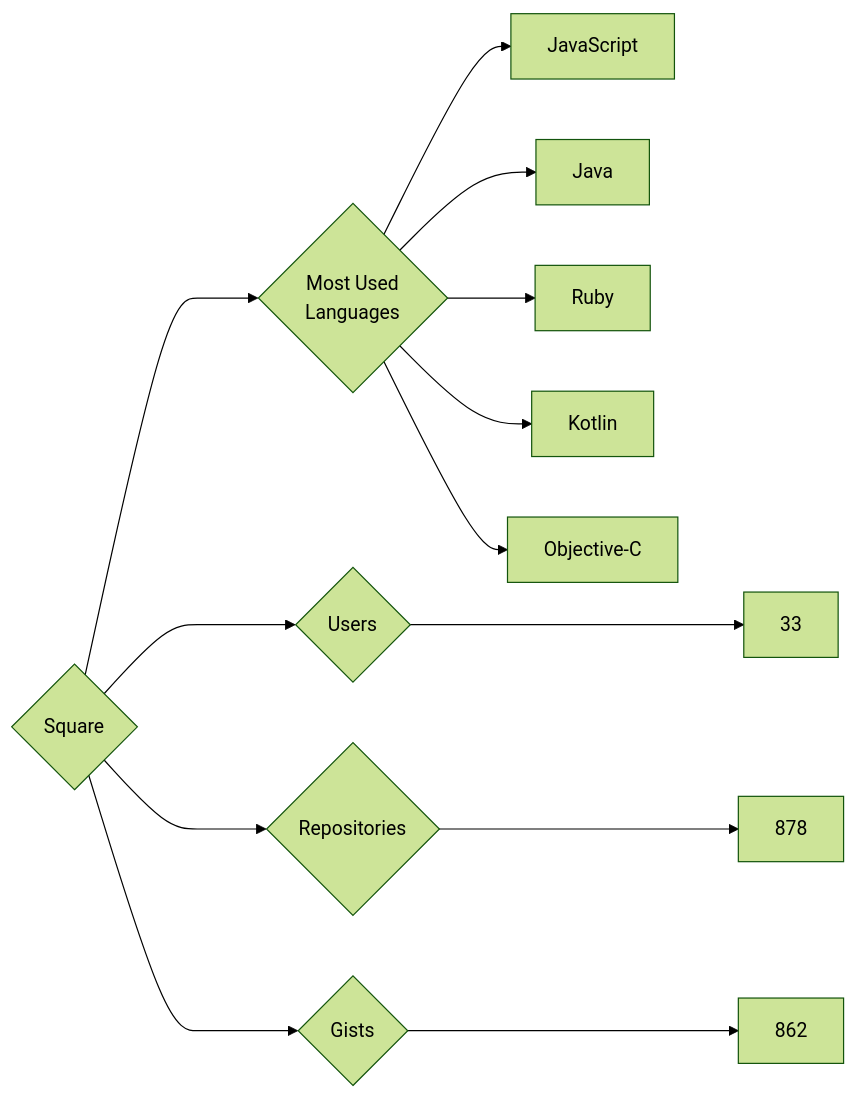
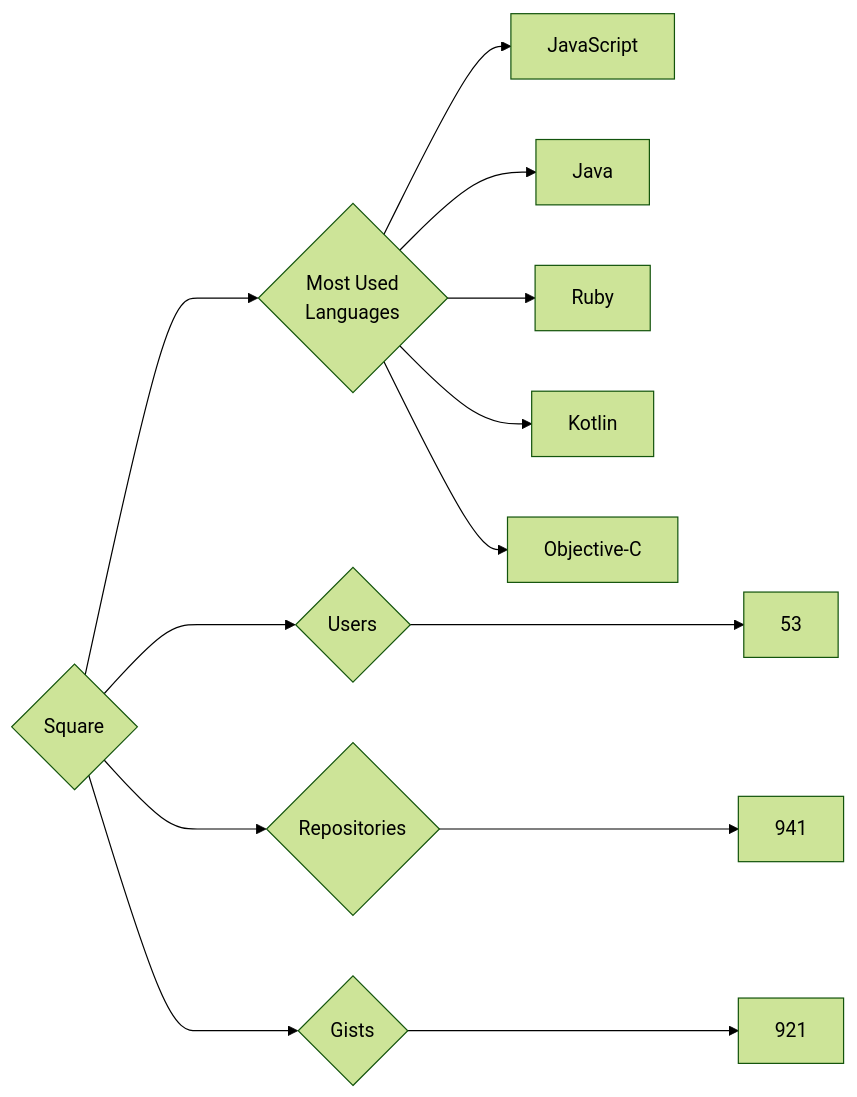
The diagram in targets/Square/README.md (trickest/insiders), drawn with Mermaid (forest theme) before and after one commit. The commit also changed 886 other files, not shown here.

````diff
--- a/targets/Square/README.md
+++ b/targets/Square/README.md
@@ -3,13 +3,13 @@
 ```mermaid
 graph LR
 COMPANY_NAME{Square}
-COMPANY_NAME ---> U{Users} ---> UN[33]
-COMPANY_NAME ---> R{Repositories} ---> RN[878]
-COMPANY_NAME ---> G{Gists} ---> GN[862]
+COMPANY_NAME ---> U{Users} ---> UN[53]
+COMPANY_NAME ---> R{Repositories} ---> RN[941]
+COMPANY_NAME ---> G{Gists} ---> GN[921]
 COMPANY_NAME ---> ML{Most Used<br>Languages}
 ML --> JavaScript[JavaScript]
 ML --> Java[Java]
 ML --> Ruby[Ruby]
 ML --> Kotlin[Kotlin]
 ML --> Objective-C[Objective-C]
 ```
````
